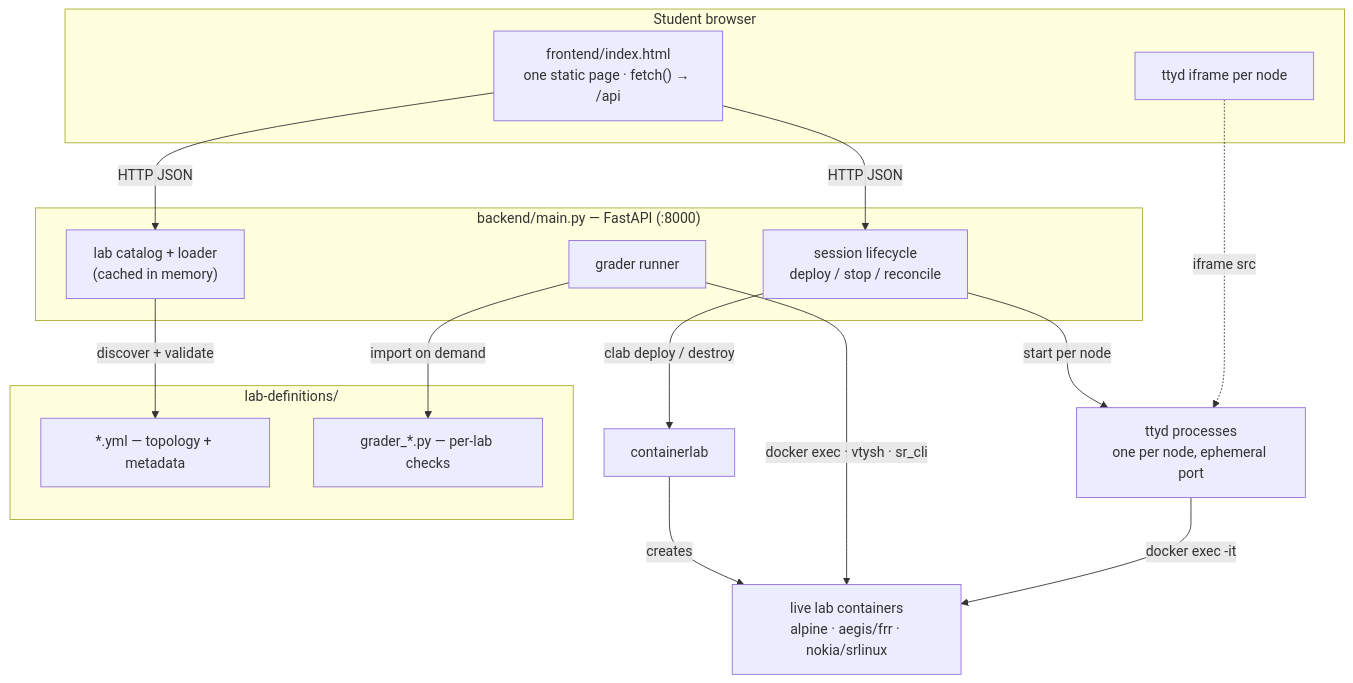
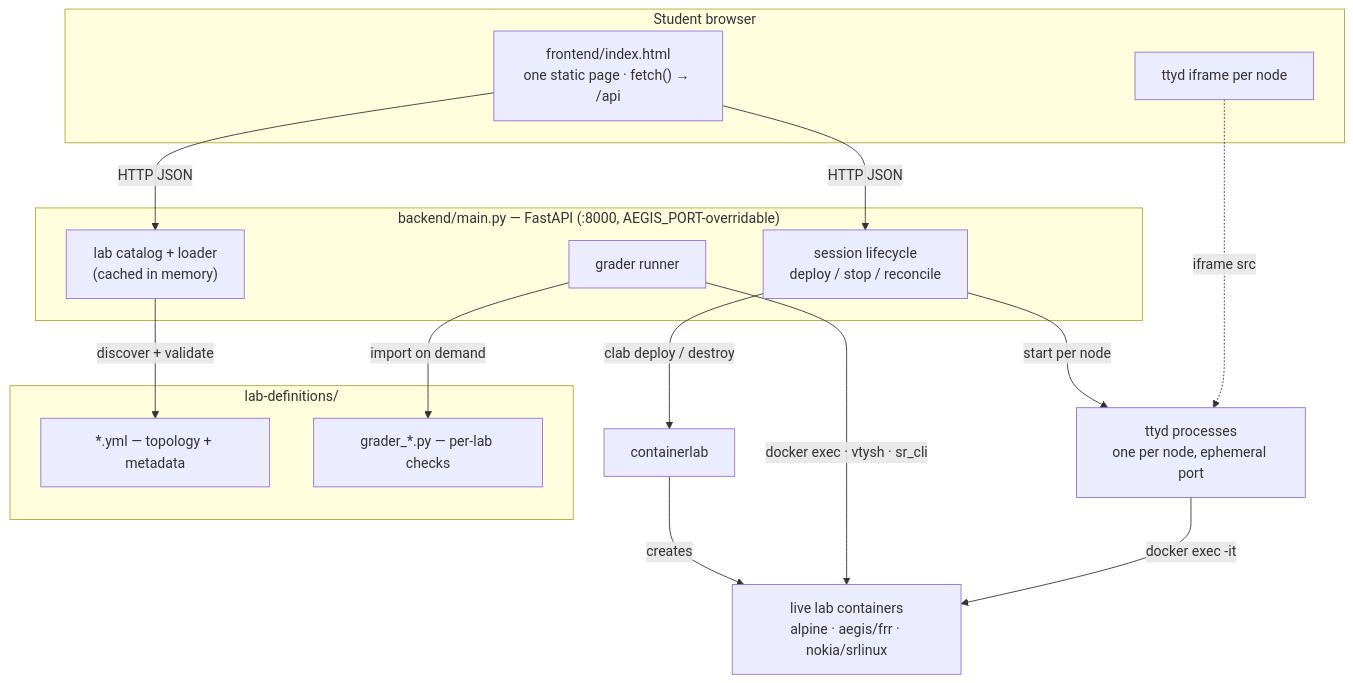
One commit to crperdue73/cirrus-nexus changed the first of 2 diagrams in docs/architecture.md. Above: the diagram before and after it, drawn with Mermaid. The commit also changed other lines of this file and 1 other file, not shown here.

First line of the commit message:
architecture.md said the server runs on :8000; the code honours AEGIS_PORT

````diff
--- a/docs/architecture.md
+++ b/docs/architecture.md
@@ -21,33 +22,33 @@
 ```mermaid
 flowchart TB
     subgraph browser["Student browser"]
         ui["frontend/index.html<br/>one static page · fetch() → /api"]
         iframe["ttyd iframe per node"]
     end
 
-    subgraph server["backend/main.py — FastAPI (:8000)"]
+    subgraph server["backend/main.py — FastAPI (:8000, AEGIS_PORT-overridable)"]
         catalog["lab catalog + loader<br/>(cached in memory)"]
         sessions["session lifecycle<br/>deploy / stop / reconcile"]
         grader["grader runner"]
     end
 
     subgraph defs["lab-definitions/"]
         yml["*.yml — topology + metadata"]
         py["grader_*.py — per-lab checks"]
     end
 
     ttyd["ttyd processes<br/>one per node, ephemeral port"]
     clab["containerlab"]
     nodes["live lab containers<br/>alpine · aegis/frr · nokia/srlinux"]
 
     ui -->|"HTTP JSON"| catalog
     ui -->|"HTTP JSON"| sessions
     catalog -->|"discover + validate"| yml
     grader -->|"import on demand"| py
     sessions -->|"clab deploy / destroy"| clab
     clab -->|"creates"| nodes
     grader -->|"docker exec · vtysh · sr_cli"| nodes
     sessions -->|"start per node"| ttyd
     ttyd -->|"docker exec -it"| nodes
     iframe -.->|"iframe src"| ttyd
 ```
````
